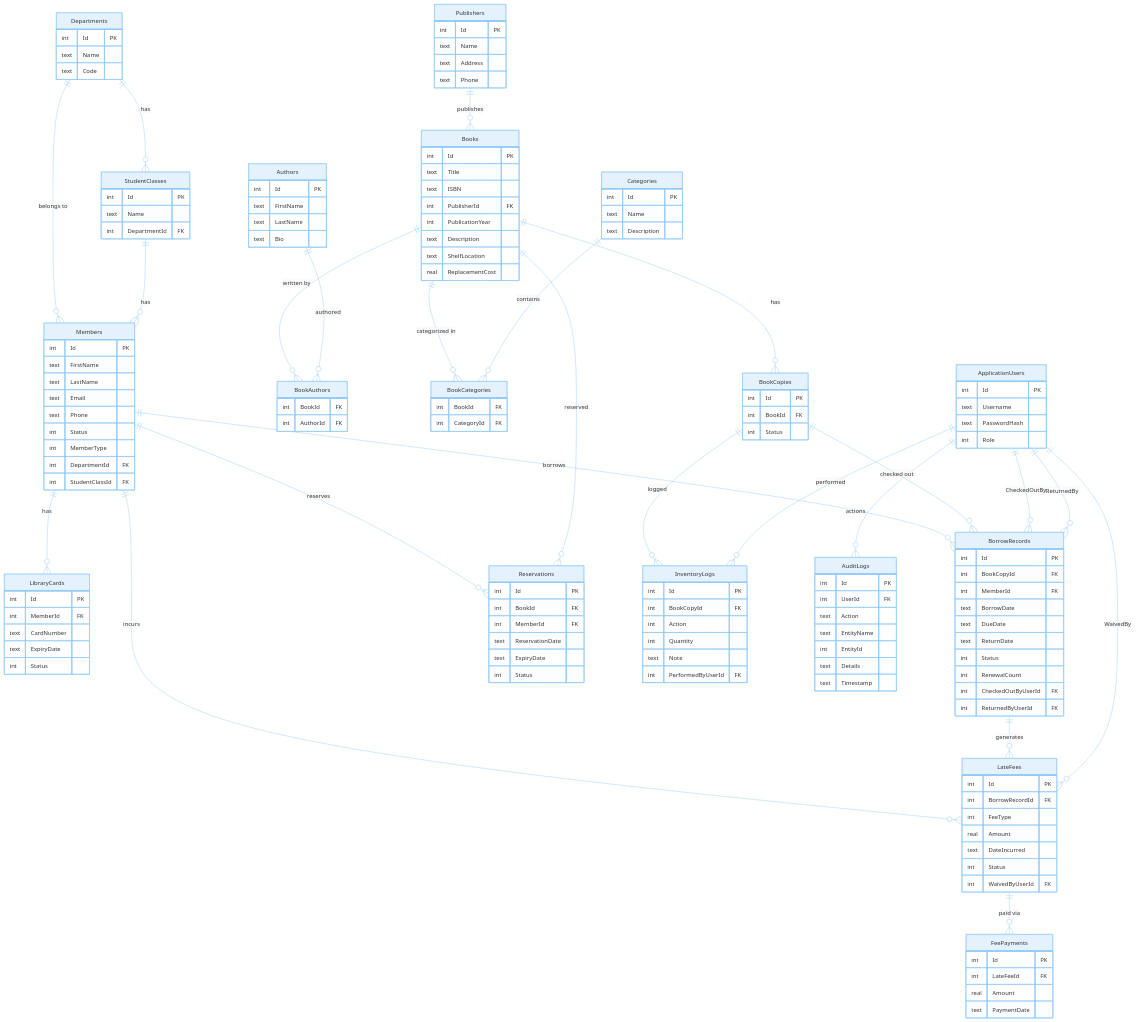
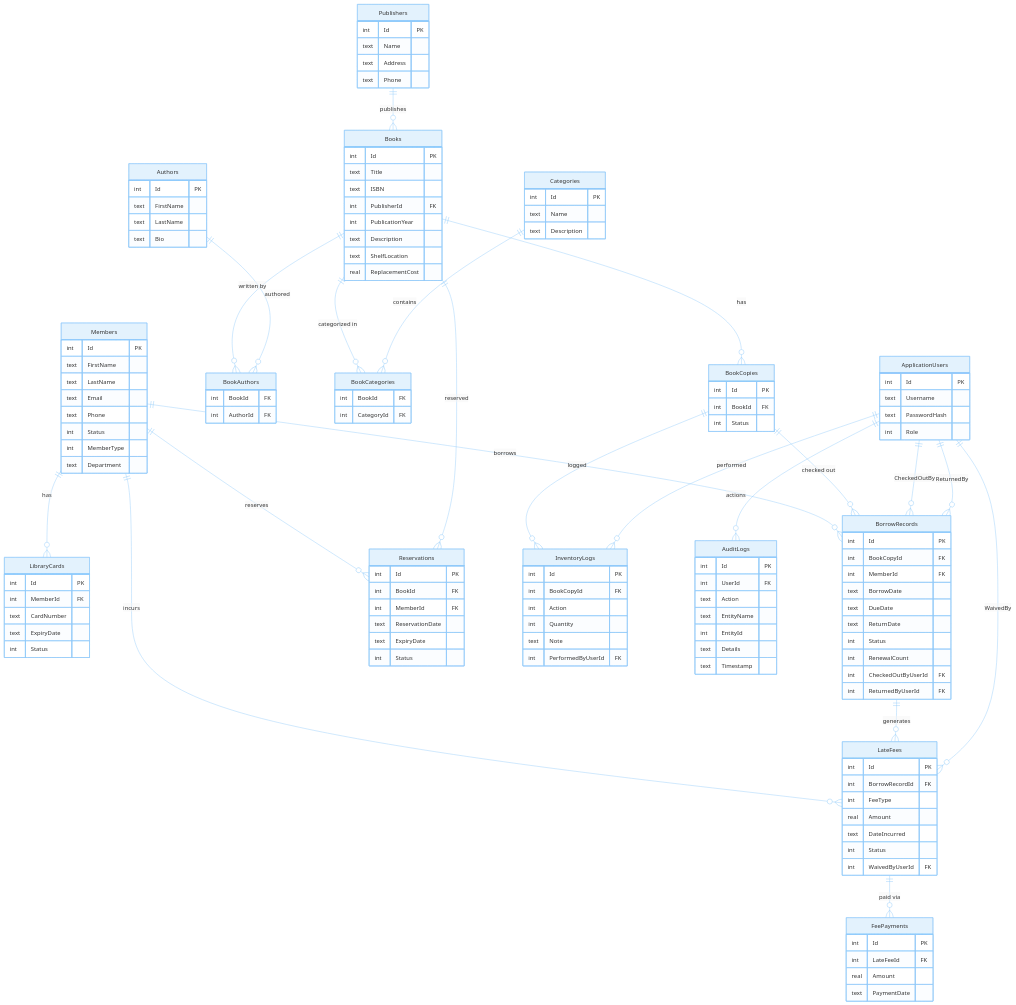
Before and after one commit to thaiannguyen-05/lib-management: the diagram in README.md, drawn with Mermaid. The commit also changed 13 other files, not shown here.

```diff
--- a/README.md
+++ b/README.md
@@ -99,18 +99,6 @@
         int CategoryId FK
     }
 
-    Departments {
-        int Id PK
-        text Name
-        text Code
-    }
-
-    StudentClasses {
-        int Id PK
-        text Name
-        int DepartmentId FK
-    }
-
     Members {
         int Id PK
         text FirstName
@@ -119,8 +107,7 @@
         text Phone
         int Status
         int MemberType
-        int DepartmentId FK
-        int StudentClassId FK
+        text Department
     }
 
     LibraryCards {
@@ -202,9 +189,6 @@
     Authors ||--o{ BookAuthors : "authored"
     Books ||--o{ BookCategories : "categorized in"
     Categories ||--o{ BookCategories : "contains"
-    Departments ||--o{ StudentClasses : "has"
-    Departments ||--o{ Members : "belongs to"
-    StudentClasses ||--o{ Members : "has"
     Members ||--o{ LibraryCards : "has"
     Members ||--o{ BorrowRecords : "borrows"
     Members ||--o{ LateFees : "incurs"
```
